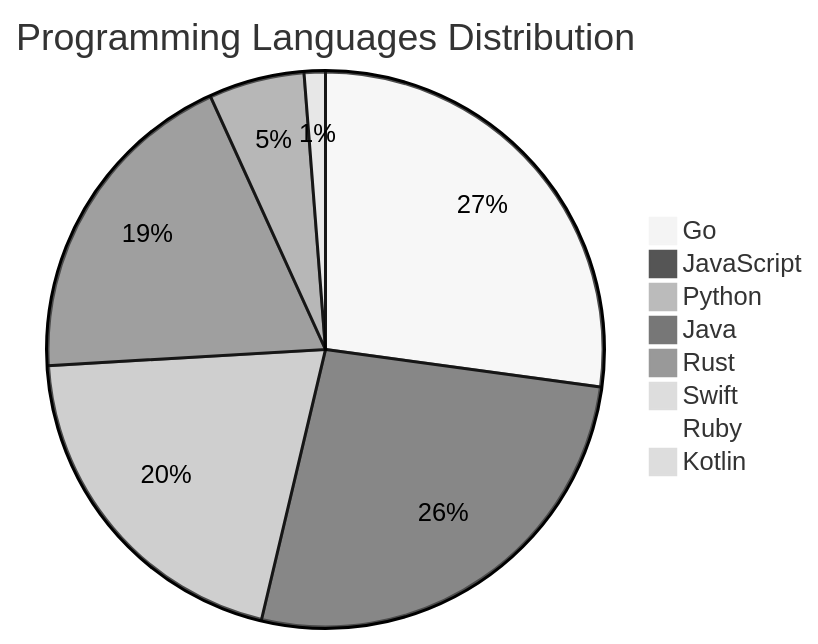
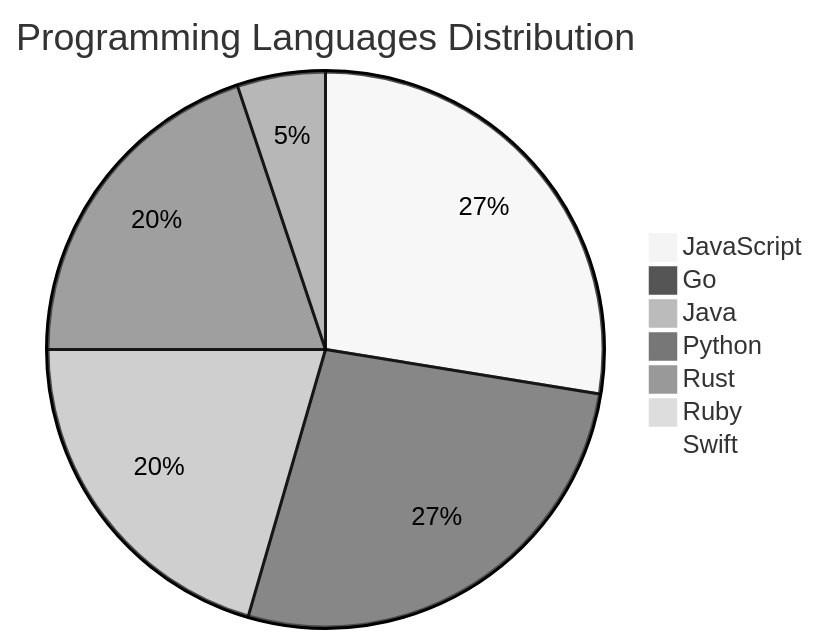
One commit to Derrick-MUGISHA/github-activity-bot changed the diagram in README.md. Above: the diagram before and after it, drawn with Mermaid (neutral theme). The commit also changed other lines of this file and 4 other files, not shown here.

````diff
--- a/README.md
+++ b/README.md
@@ -208,11 +207,10 @@
 ```mermaid
 pie title Programming Languages Distribution
-    "Go" : 44
     "JavaScript" : 43
-    "Python" : 33
-    "Java" : 31
-    "Rust" : 9
-    "Swift" : 2
+    "Go" : 42
+    "Java" : 32
+    "Python" : 31
+    "Rust" : 8
     "Ruby" : 1
-    "Kotlin" : 1
+    "Swift" : 1
 ```
````
